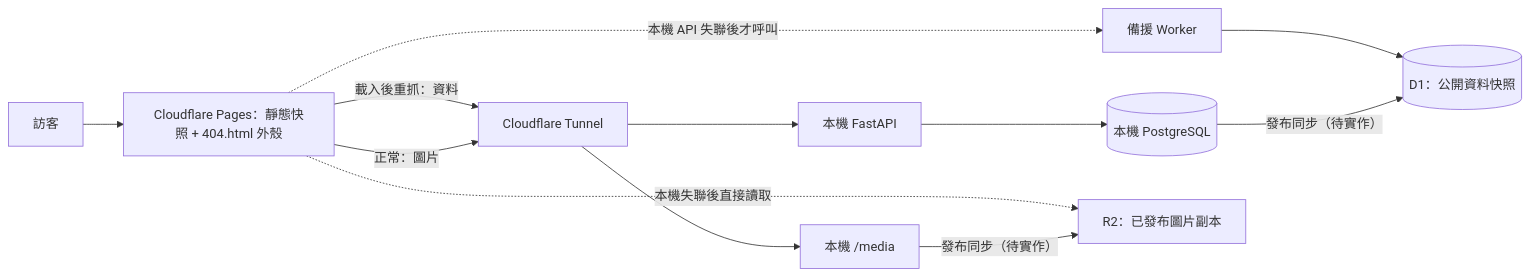
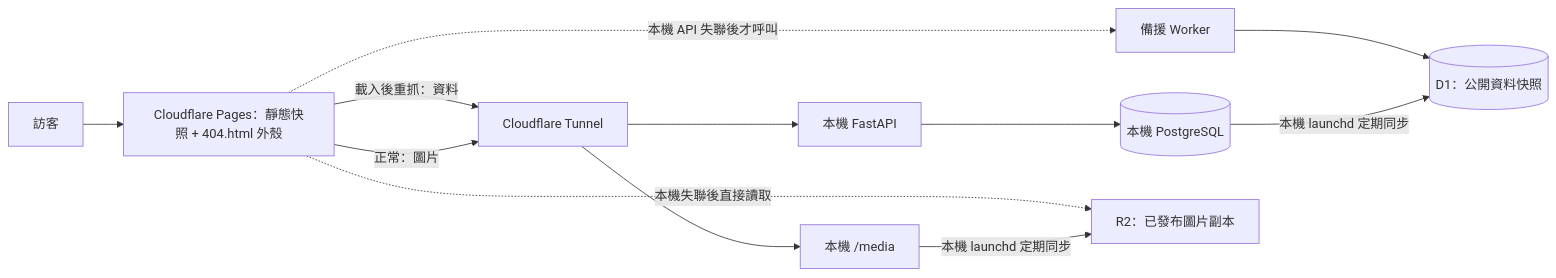
One commit to Shawn-csy/write_project changed the diagram in docs/pending/cloudflare-pages-tunnel-d1-r2-direction.md. Above: the diagram before and after it, drawn with Mermaid. The commit also changed other lines of this file and 22 other files, not shown here.

````diff
--- a/docs/pending/cloudflare-pages-tunnel-d1-r2-direction.md
+++ b/docs/pending/cloudflare-pages-tunnel-d1-r2-direction.md
@@ -58,14 +58,14 @@
 ```mermaid
 flowchart LR
   Visitor[訪客] --> Pages[Cloudflare Pages：靜態快照 + 404.html 外殼]
   Pages -->|載入後重抓：資料| Tunnel[Cloudflare Tunnel]
   Tunnel --> API[本機 FastAPI]
   API --> DB[(本機 PostgreSQL)]
   Pages -. 本機 API 失聯後才呼叫 .-> Worker[備援 Worker]
   Worker --> D1[(D1：公開資料快照)]
   Pages -->|正常：圖片| Tunnel
   Tunnel --> Media[本機 /media]
   Pages -. 本機失聯後直接讀取 .-> R2[R2：已發布圖片副本]
-  DB -->|發布同步（待實作）| D1
-  Media -->|發布同步（待實作）| R2
+  DB -->|本機 launchd 定期同步| D1
+  Media -->|本機 launchd 定期同步| R2
 ```
````
